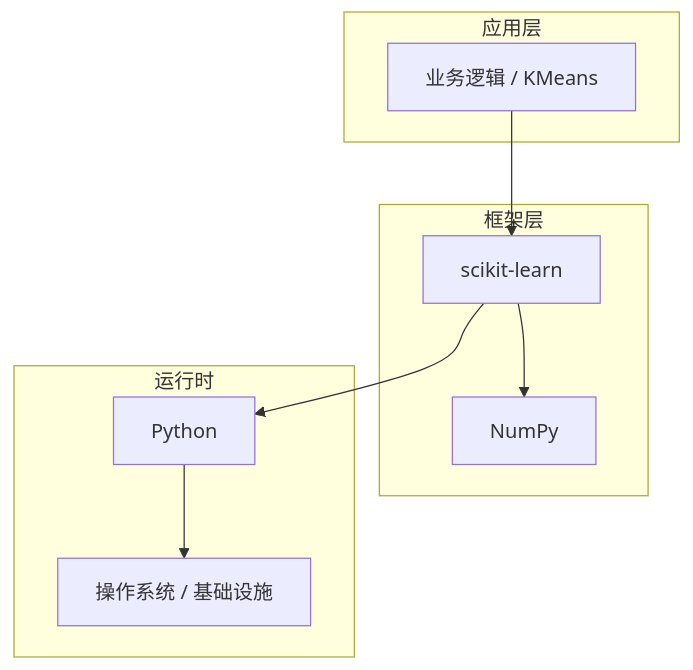
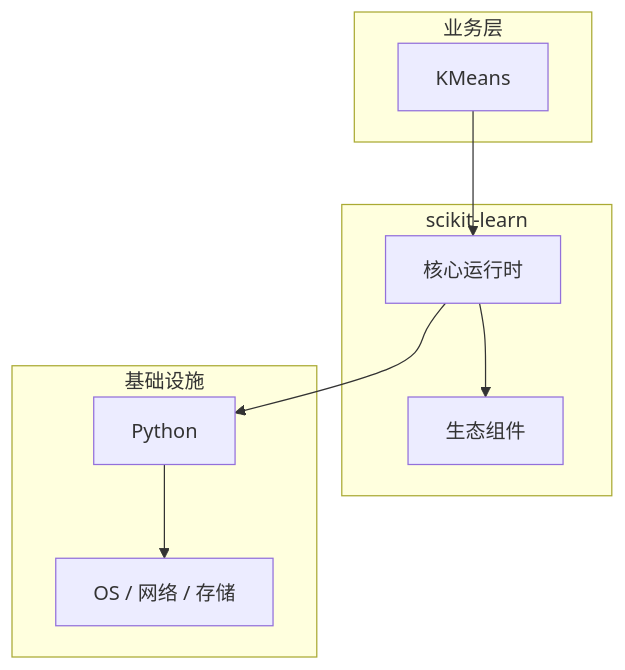
The diagram in articles/机器学习/chapters/071-KMeans核心概念与原理.md (yanggan2015/knowledge-json-v2), drawn with Mermaid before and after one commit. The commit also changed other lines of this file and 10127 other files, not shown here.

````diff
--- a/articles/机器学习/chapters/071-KMeans核心概念与原理.md
+++ b/articles/机器学习/chapters/071-KMeans核心概念与原理.md
@@ -45,18 +30,18 @@
 ```mermaid
 graph TB
-    subgraph 应用层
-        A[业务逻辑 / KMeans]
+    subgraph 业务层
+        A[KMeans]
     end
-    subgraph 框架层
-        B[scikit-learn]
-        C[NumPy]
+    subgraph scikit-learn
+        B[核心运行时]
+        C[生态组件]
     end
-    subgraph 运行时
+    subgraph 基础设施
         D[Python]
-        E[操作系统 / 基础设施]
+        E[OS / 网络 / 存储]
     end
     A --> B
     B --> C
     B --> D
     D --> E
 ```
````
